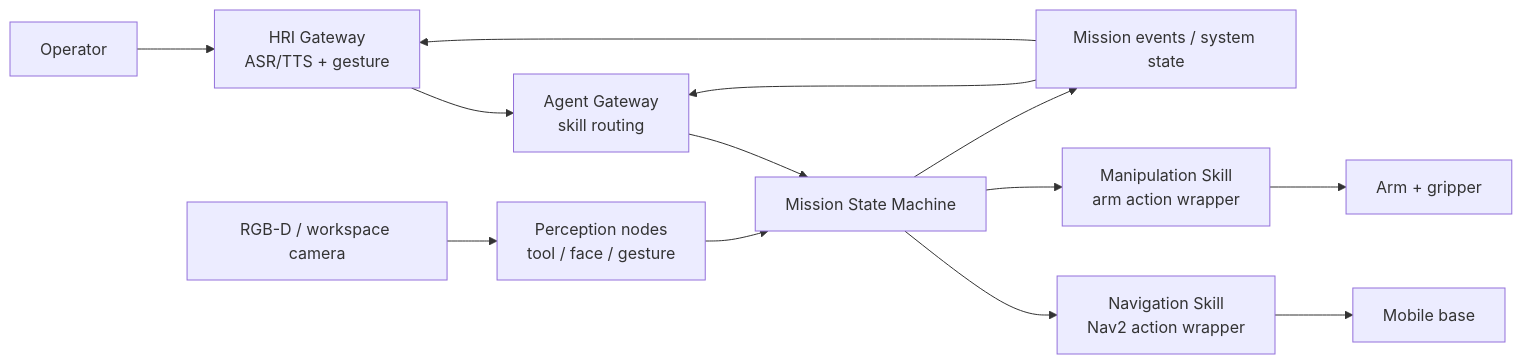
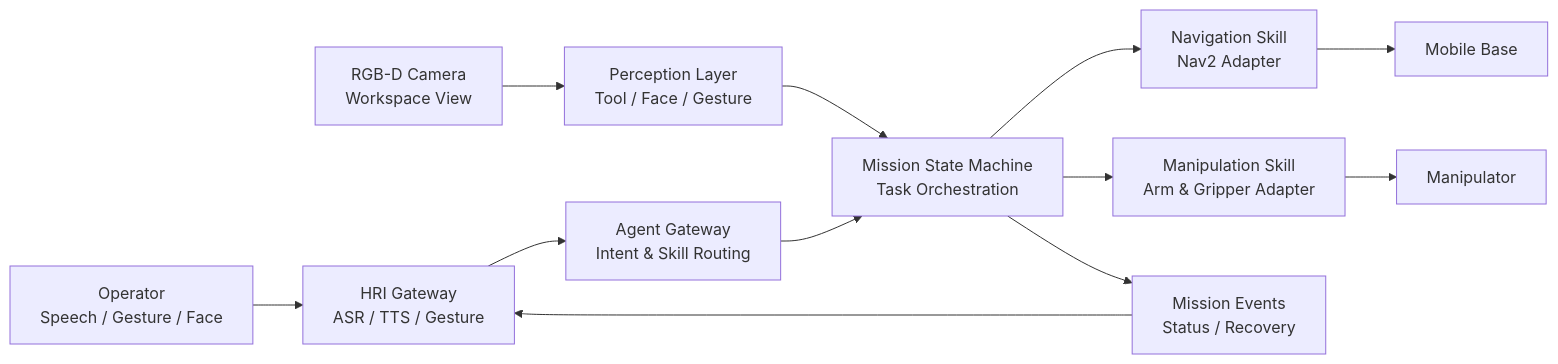
One commit to terrense/ros2-multimodal-robot-collab changed the diagram in README.md. Above: the diagram before and after it, drawn with Mermaid. The commit also changed other lines of this file, not shown here.

````diff
--- a/README.md
+++ b/README.md
@@ -9,15 +36,14 @@
 ```mermaid
 flowchart LR
-  human["Operator"] --> hri["HRI Gateway\nASR/TTS + gesture"]
-  camera["RGB-D / workspace camera"] --> perception["Perception nodes\ntool / face / gesture"]
-  hri --> agent["Agent Gateway\nskill routing"]
-  perception --> core["Mission State Machine"]
-  agent --> core
-  core --> nav["Navigation Skill\nNav2 action wrapper"]
-  core --> arm["Manipulation Skill\narm action wrapper"]
-  nav --> base["Mobile base"]
-  arm --> manipulator["Arm + gripper"]
-  core --> status["Mission events / system state"]
-  status --> hri
-  status --> agent
+  operator["Operator<br/>Speech / Gesture / Face"] --> hri["HRI Gateway<br/>ASR / TTS / Gesture"]
+  camera["RGB-D Camera<br/>Workspace View"] --> perception["Perception Layer<br/>Tool / Face / Gesture"]
+  hri --> agent["Agent Gateway<br/>Intent & Skill Routing"]
+  perception --> mission["Mission State Machine<br/>Task Orchestration"]
+  agent --> mission
+  mission --> nav["Navigation Skill<br/>Nav2 Adapter"]
+  mission --> arm["Manipulation Skill<br/>Arm & Gripper Adapter"]
+  nav --> base["Mobile Base"]
+  arm --> manipulator["Manipulator"]
+  mission --> events["Mission Events<br/>Status / Recovery"]
+  events --> hri
 ```
````
